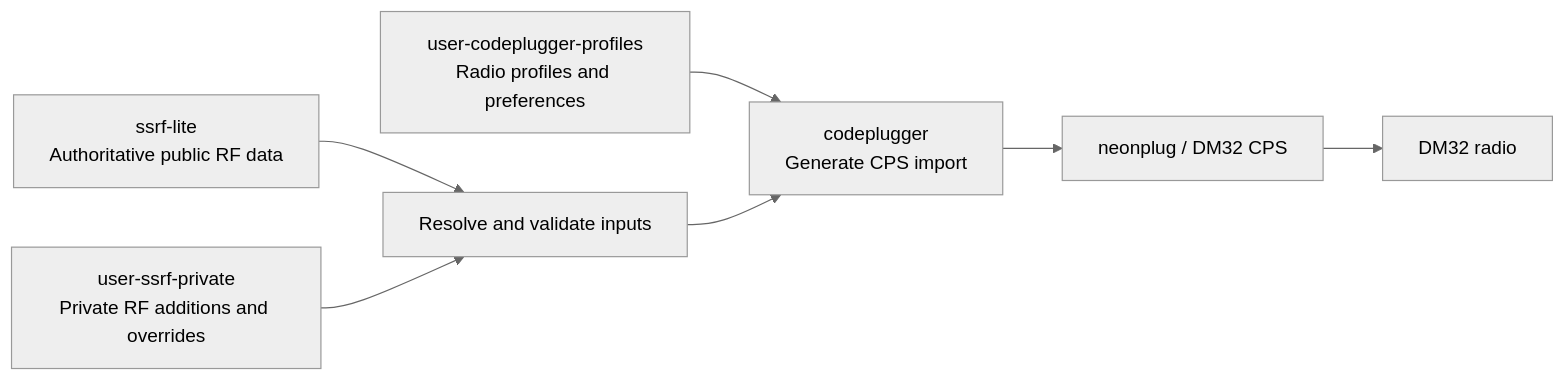
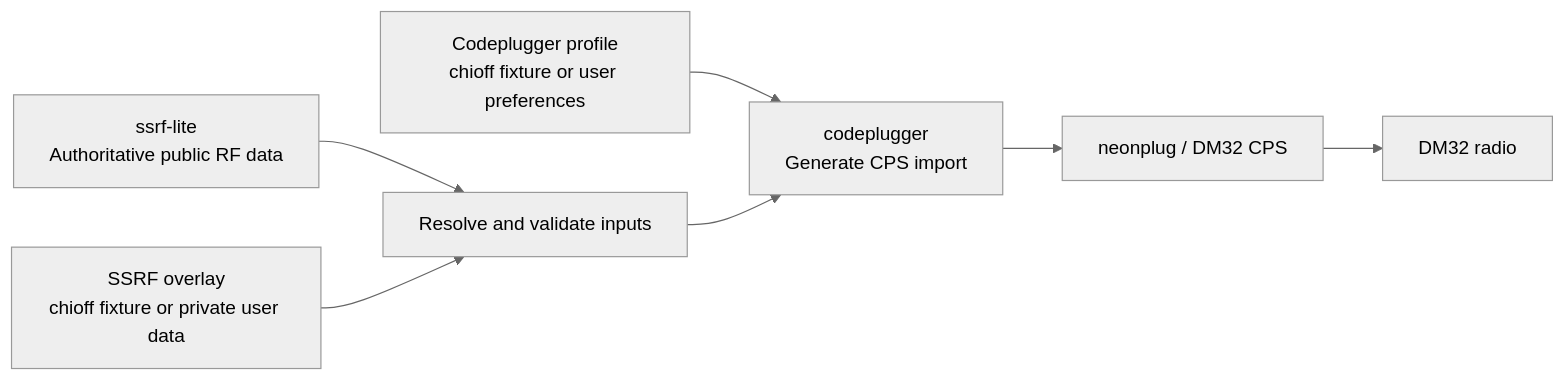
One commit to Chicago-Offline/codeplugger changed the diagram in README.md. Above: the diagram before and after it, drawn with Mermaid (neutral theme). The commit also changed other lines of this file and 1 other file, not shown here.

````diff
--- a/README.md
+++ b/README.md
@@ -9,17 +9,17 @@
 ```mermaid
 flowchart LR
     public["ssrf-lite<br/>Authoritative public RF data"]
-    private["user-ssrf-private<br/>Private RF additions and overrides"]
-    profiles["user-codeplugger-profiles<br/>Radio profiles and preferences"]
+  private["SSRF overlay<br/>chioff fixture or private user data"]
+  profiles["Codeplugger profile<br/>chioff fixture or user preferences"]
     merge["Resolve and validate inputs"]
     codeplugger["codeplugger<br/>Generate CPS import"]
     cps["neonplug / DM32 CPS"]
     radio["DM32 radio"]
 
     public --> merge
     private --> merge
     profiles --> codeplugger
     merge --> codeplugger
     codeplugger --> cps
     cps --> radio
 ```
````
